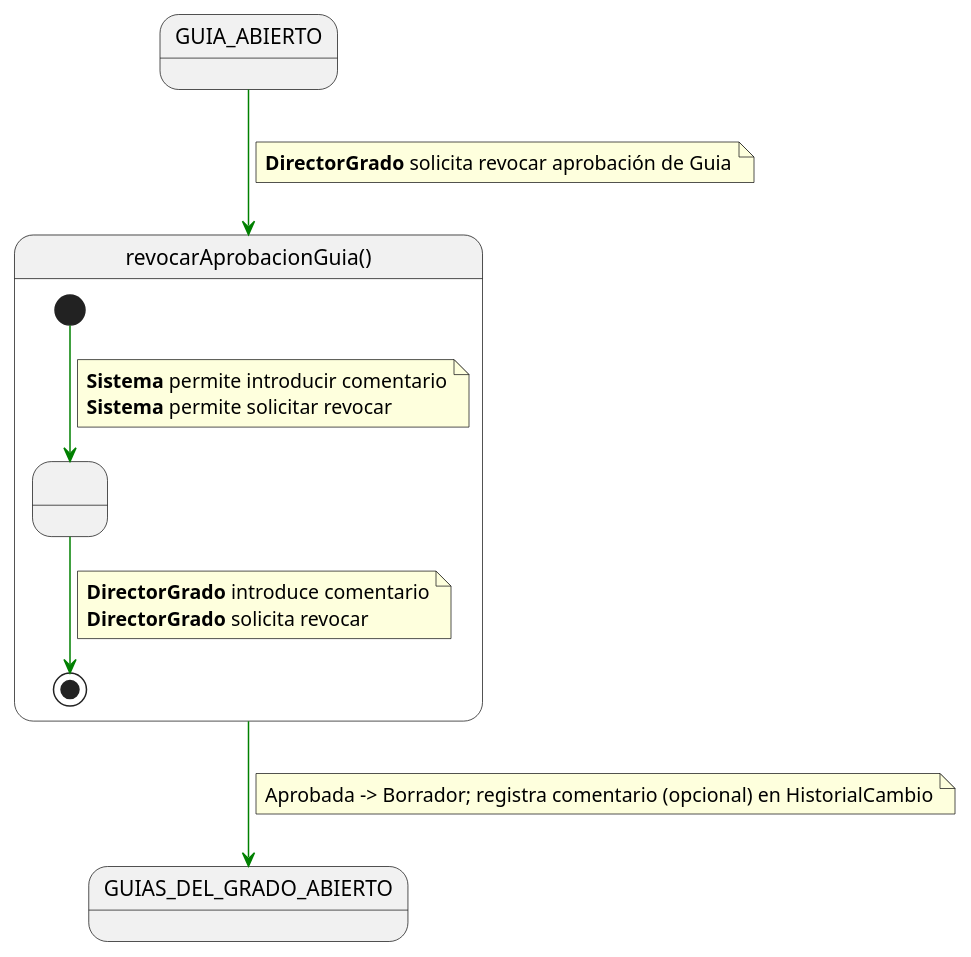
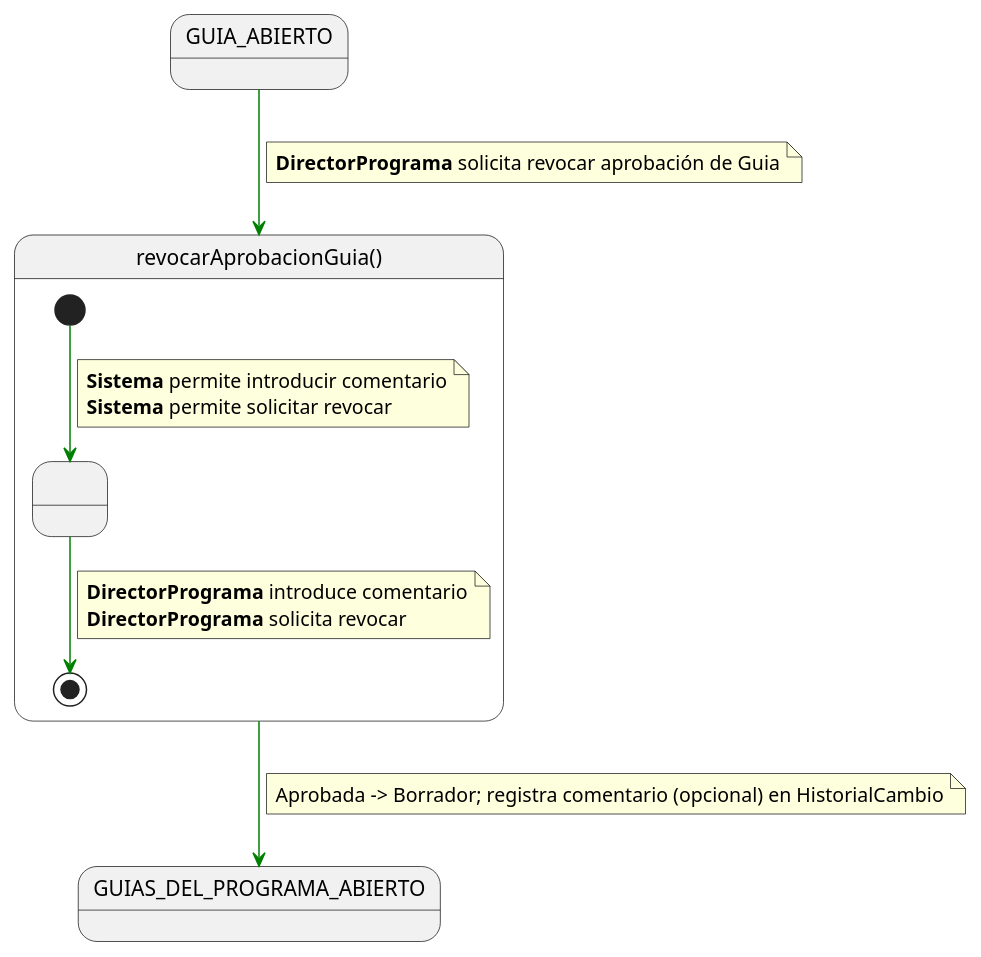
One commit to mmasias/pyCeldaPublico changed the diagram in RUP/01-requisitos/03-detalle-casos-uso/revocarAprobacionGuia/especificacion.puml. Above: the diagram before and after it, drawn with PlantUML. The commit also changed 1249 other files, not shown here.

First line of the commit message:
docs: sincroniza el subconjunto público con pyCelda 55beb8b5 (rename Grado -> Programa y v0.11.0)

```diff
--- a/RUP/01-requisitos/03-detalle-casos-uso/revocarAprobacionGuia/especificacion.puml
+++ b/RUP/01-requisitos/03-detalle-casos-uso/revocarAprobacionGuia/especificacion.puml
@@ -1,35 +1,35 @@
 @startuml revocarAprobacionGuia
 
 skinparam linetype polyline
 
 state GUIA_ABIERTO
-state GUIAS_DEL_GRADO_ABIERTOS_SALIDA as "GUIAS_DEL_GRADO_ABIERTO"
+state GUIAS_DEL_PROGRAMA_ABIERTOS_SALIDA as "GUIAS_DEL_PROGRAMA_ABIERTO"
 
 GUIA_ABIERTO -[#green]-> revocarAprobacionGuia
 note on link
-<b>DirectorGrado</b> solicita revocar aprobación de Guia
+<b>DirectorPrograma</b> solicita revocar aprobación de Guia
 end note
 
 state revocarAprobacionGuia as "revocarAprobacionGuia()" {
 
     state " " as IntroduciendoComentario
 
     [*] -[#green]-> IntroduciendoComentario
     note on link
     <b>Sistema</b> permite introducir comentario
     <b>Sistema</b> permite solicitar revocar
     end note
 
     IntroduciendoComentario -[#green]-> [*]
     note on link
-    <b>DirectorGrado</b> introduce comentario
-    <b>DirectorGrado</b> solicita revocar
+    <b>DirectorPrograma</b> introduce comentario
+    <b>DirectorPrograma</b> solicita revocar
     end note
 }
 
-revocarAprobacionGuia -[#green]-> GUIAS_DEL_GRADO_ABIERTOS_SALIDA
+revocarAprobacionGuia -[#green]-> GUIAS_DEL_PROGRAMA_ABIERTOS_SALIDA
 note on link
 Aprobada -> Borrador; registra comentario (opcional) en HistorialCambio
 end note
 
 @enduml
```
